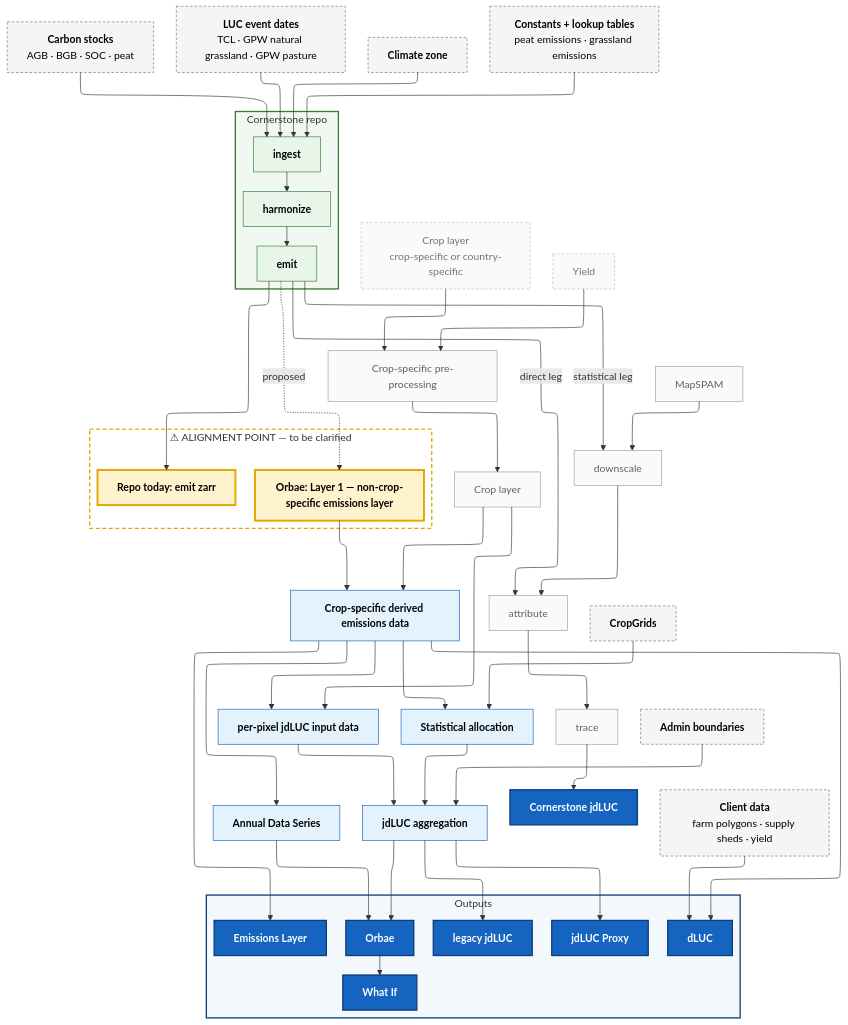
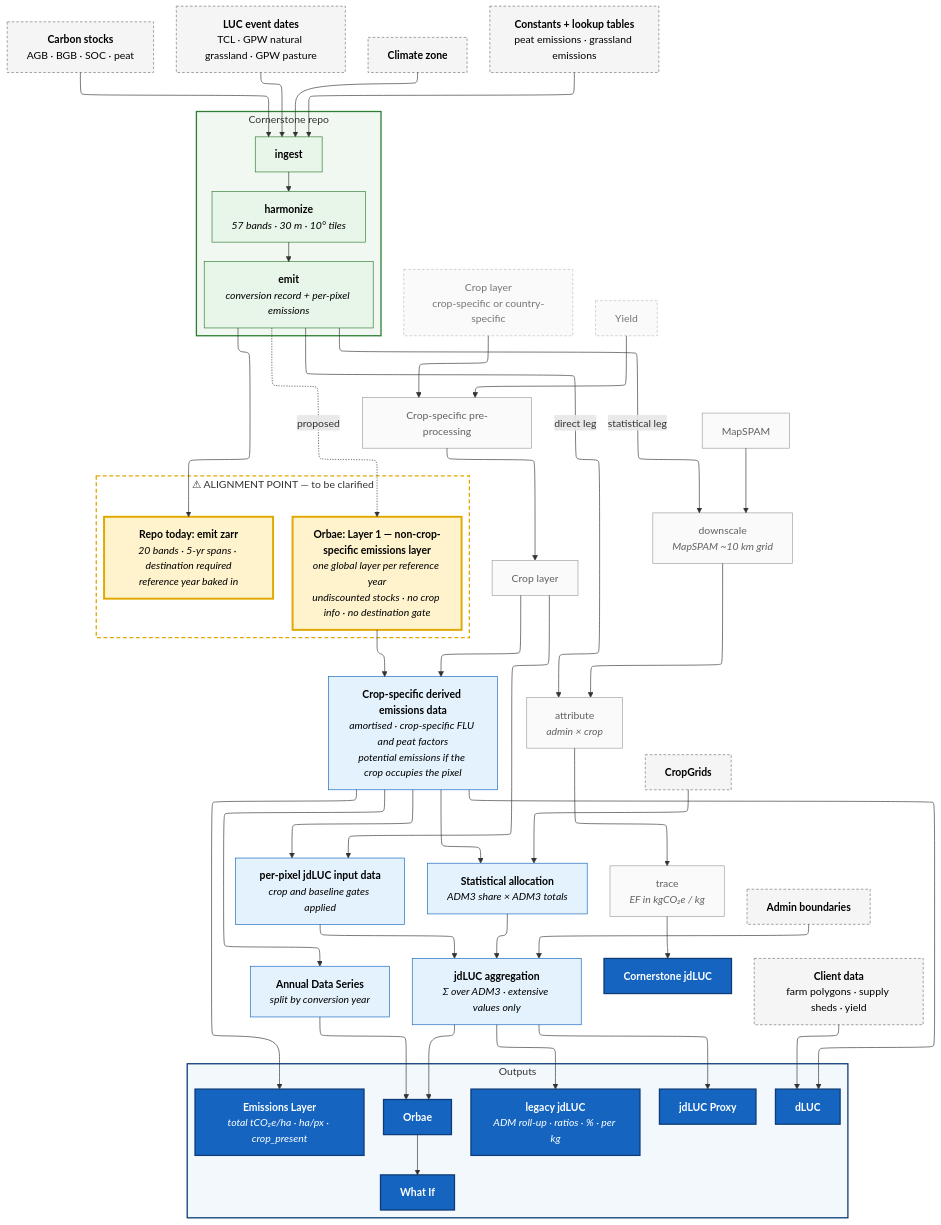
One commit to AdAstraEco/cornerstone_luc changed the diagram in docs/orbae/overall_data_flow.md. Above: the diagram before and after it, drawn with Mermaid. The commit also changed other lines of this file and 1 other file, not shown here.

Commit message:
docs(orbae): detail lines in the data flow chart, strippable
Detail inside a box is written as an italic line in the mermaid label.
tools/strip-mermaid-detail.py removes those lines to give the headings-only
version of the same chart, so one source serves both.

```diff
--- a/docs/orbae/overall_data_flow.md
+++ b/docs/orbae/overall_data_flow.md
@@ -20,6 +20,8 @@
   %% emit rather than the "Repo today" box so it sits level with the alignment point: a
   %% node always lands one layer below whatever feeds it. Viewers without the ELK plugin
   %% fall back to dagre; the chart still renders, just with a looser layout.
+  %% Detail lines are the italic lines inside labels; tools/strip-mermaid-detail.py
+  %% removes them to produce the headings-only version.
 
   %% ───────────── Cornerstone inputs ─────────────
   src_stocks["`**Carbon stocks**
@@ -43,8 +45,10 @@
   %% ───────────── Cornerstone pipeline ─────────────
   subgraph cornerstone["Cornerstone repo"]
     ingest["`**ingest**`"]
-    harmonize["`**harmonize**`"]
-    emit["`**emit**`"]
+    harmonize["`**harmonize**
+    *57 bands · 30 m · 10° tiles*`"]
+    emit["`**emit**
+    *conversion record + per-pixel emissions*`"]
     ingest --> harmonize --> emit
   end
   src_stocks --> ingest
@@ -54,18 +58,28 @@
 
   %% ───────────── alignment point ─────────────
   subgraph align["⚠ ALIGNMENT POINT — to be clarified"]
-    emitout["`**Repo today: emit zarr**`"]
-    L1["`**Orbae: Layer 1 — non-crop-specific emissions layer**`"]
+    emitout["`**Repo today: emit zarr**
+    *20 bands · 5-yr spans · destination required*
+    *reference year baked in*`"]
+    L1["`**Orbae: Layer 1 — non-crop-specific emissions layer**
+    *one global layer per reference year*
+    *undiscounted stocks · no crop info · no destination gate*`"]
   end
   emit --> emitout
   emit -. proposed .-> L1
 
   %% ───────────── Orbae ─────────────
-  L2["`**Crop-specific derived emissions data**`"]
-  newjd["`**per-pixel jdLUC input data**`"]
-  annual["`**Annual Data Series**`"]
-  jdagg["`**jdLUC aggregation**`"]
-  statalloc["`**Statistical allocation**`"]
+  L2["`**Crop-specific derived emissions data**
+  *amortised · crop-specific FLU and peat factors*
+  *potential emissions if the crop occupies the pixel*`"]
+  newjd["`**per-pixel jdLUC input data**
+  *crop and baseline gates applied*`"]
+  annual["`**Annual Data Series**
+  *split by conversion year*`"]
+  jdagg["`**jdLUC aggregation**
+  *Σ over ADM3 · extensive values only*`"]
+  statalloc["`**Statistical allocation**
+  *ADM3 share × ADM3 totals*`"]
   L1 --> L2
   croplayer --> L2
   croplayer --> newjd
@@ -76,9 +90,12 @@
 
   %% ───────────── Cornerstone downstream (right, de-emphasised) ─────────────
   src_mapspam["`MapSPAM`"]
-  downscale["`downscale`"]
-  attribute["`attribute`"]
-  trace["`trace`"]
+  downscale["`downscale
+  *MapSPAM ~10 km grid*`"]
+  attribute["`attribute
+  *admin × crop*`"]
+  trace["`trace
+  *EF in kgCO₂e / kg*`"]
   emit -->|statistical leg| downscale
   emit -->|direct leg| attribute
   src_mapspam --> downscale
@@ -86,10 +103,12 @@
 
   %% ───────────── outputs ─────────────
   subgraph outputs["Outputs"]
-    legacyjd["`**legacy jdLUC**`"]
+    legacyjd["`**legacy jdLUC**
+    *ADM roll-up · ratios · % · per kg*`"]
     orbae_app["`**Orbae**`"]
     whatif["`**What If**`"]
-    L3["`**Emissions Layer**`"]
+    L3["`**Emissions Layer**
+    *total tCO₂e/ha · ha/px · crop_present*`"]
     proxy["`**jdLUC Proxy**`"]
     dluc["`**dLUC**`"]
   end
```
